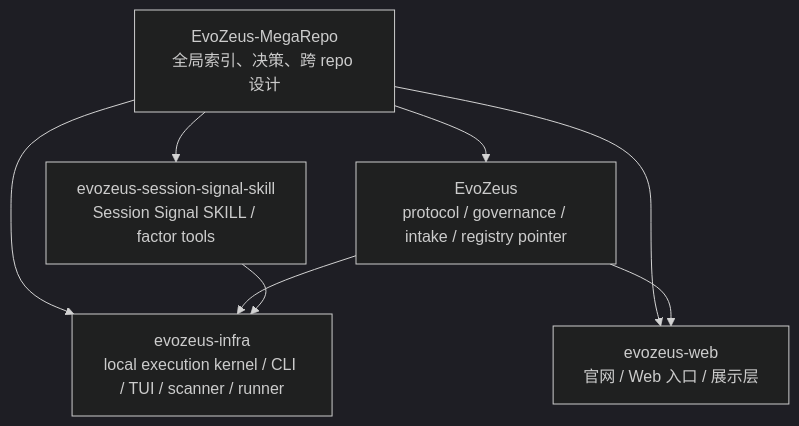
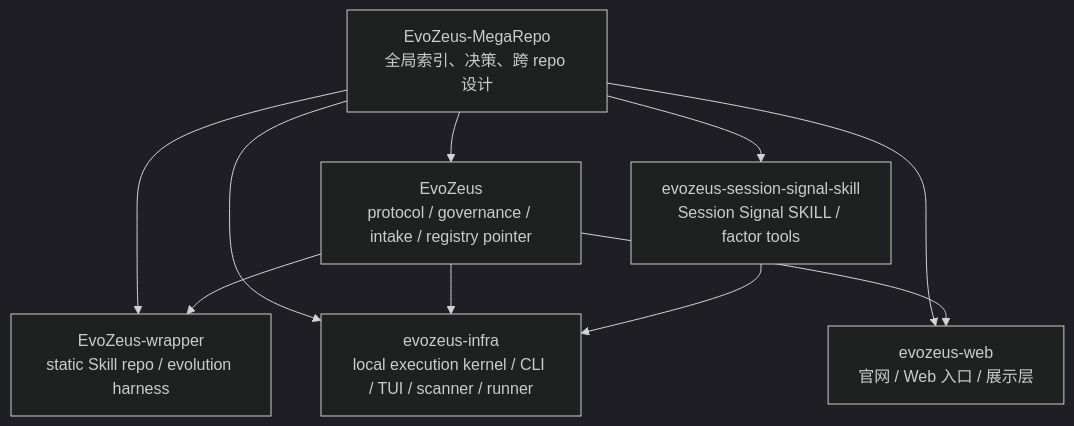
The second of 2 diagrams in 00-global/evozeus-overall-design.md (MetaInFLow/EvoZeus-MegaRepo), drawn with Mermaid (dark theme) before and after one commit. The commit also changed other lines of this file and 6 other files, not shown here.

Commit message:
docs: register wrapper as EvoZeus-orchestrated capability

````diff
--- a/00-global/evozeus-overall-design.md
+++ b/00-global/evozeus-overall-design.md
@@ -77,11 +77,13 @@
 ```mermaid
 flowchart TB
   Mega["EvoZeus-MegaRepo<br/>全局索引、决策、跨 repo 设计"] --> Main["EvoZeus<br/>protocol / governance / intake / registry pointer"]
   Mega --> Web["evozeus-web<br/>官网 / Web 入口 / 展示层"]
   Mega --> Official["evozeus-session-signal-skill<br/>Session Signal SKILL / factor tools"]
+  Mega --> Wrapper["EvoZeus-wrapper<br/>static Skill repo / evolution harness"]
   Mega --> Runtime["evozeus-infra<br/>local execution kernel / CLI / TUI / scanner / runner"]
 
+  Main --> Wrapper
   Main --> Runtime
   Official --> Runtime
   Main --> Web
 ```
````
